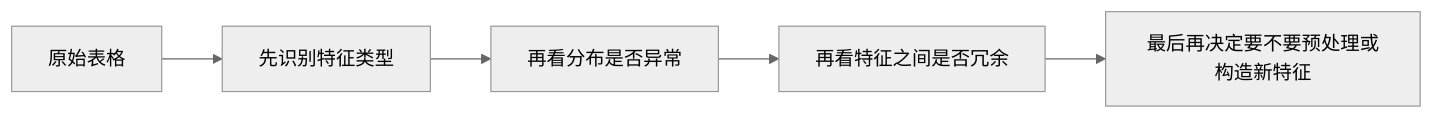
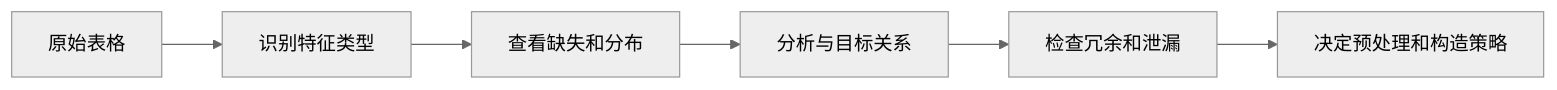
The first of 2 diagrams in docs/stage4/ch05-feature-engineering/01-feature-understanding.md (oudbiao/AI-fullstack-course), drawn with Mermaid (neutral theme) before and after one commit. The commit also changed other lines of this file and 84 other files, not shown here.

Commit message:
docs: improve course learning flow

````diff
--- a/docs/stage4/ch05-feature-engineering/01-feature-understanding.md
+++ b/docs/stage4/ch05-feature-engineering/01-feature-understanding.md
@@ -26,7 +25,8 @@
 ```mermaid
 flowchart LR
-    A["原始表格"] --> B["先识别特征类型"]
-    B --> C["再看分布是否异常"]
-    C --> D["再看特征之间是否冗余"]
-    D --> E["最后再决定要不要预处理或构造新特征"]
+  A[原始表格] --> B[识别特征类型]
+  B --> C[查看缺失和分布]
+  C --> D[分析与目标关系]
+  D --> E[检查冗余和泄漏]
+  E --> F[决定预处理和构造策略]
 ```
````
